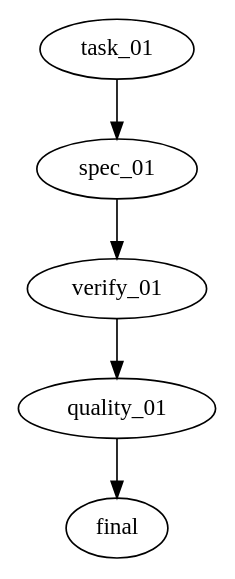
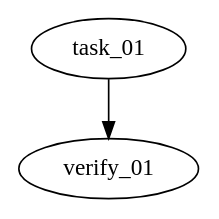
The first of 2 diagrams in skills/writing-plans/SKILL.md (nickguletskii/jj-superpowers), drawn with Graphviz before and after one commit. The commit also changed other lines of this file and 13 other files, not shown here.

````diff
--- a/skills/writing-plans/SKILL.md
+++ b/skills/writing-plans/SKILL.md
@@ -92,11 +84,8 @@
 ```dot
 digraph {
   task_01 [kind="task", file="task-01-fix-parser.md", files="src/parser.rs tests/parser.rs"];
-  spec_01 [kind="spec_review", task="task_01"];
   verify_01 [kind="verify", file="verify-01-parser.md"];
-  quality_01 [kind="quality_review", scope="task_01"];
-  final [kind="final"];
 
-  task_01 -> spec_01 -> verify_01 -> quality_01 -> final;
+  task_01 -> verify_01;
 }
 ```
````
